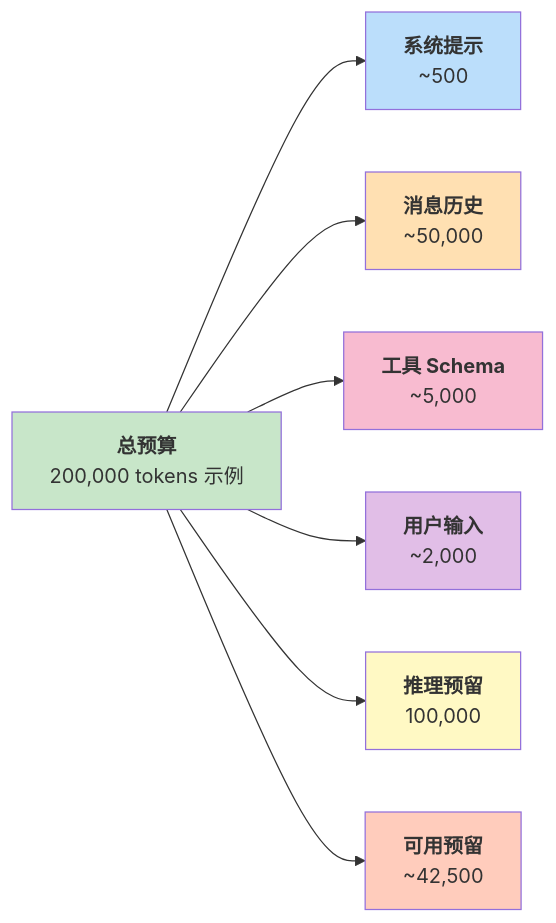
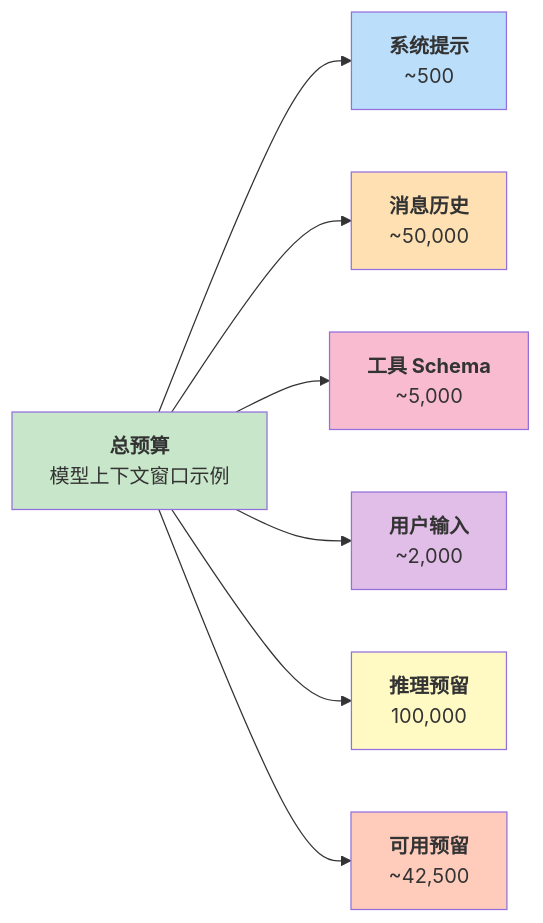
Before and after one commit to yeasy/harness_engineering_guide: the diagram in 04_runtime/4.6_token_budget.md, drawn with Mermaid. The commit also changed other lines of this file and 29 other files, not shown here.

````diff
--- a/04_runtime/4.6_token_budget.md
+++ b/04_runtime/4.6_token_budget.md
@@ -16,16 +16,16 @@
 ```mermaid
 graph LR
-    A["<b>总预算</b><br/>200,000 tokens 示例"] --> B["<b>系统提示</b><br/>~500"]
+    A["<b>总预算</b><br/>模型上下文窗口示例"] --> B["<b>系统提示</b><br/>~500"]
     A --> C["<b>消息历史</b><br/>~50,000"]
     A --> D["<b>工具 Schema</b><br/>~5,000"]
     A --> E["<b>用户输入</b><br/>~2,000"]
     A --> F["<b>推理预留</b><br/>100,000"]
     A --> G["<b>可用预留</b><br/>~42,500"]
     style A fill:#c8e6c9
     style B fill:#bbdefb
     style C fill:#ffe0b2
     style D fill:#f8bbd0
     style E fill:#e1bee7
     style F fill:#fff9c4
     style G fill:#ffccbc
 ```
````
